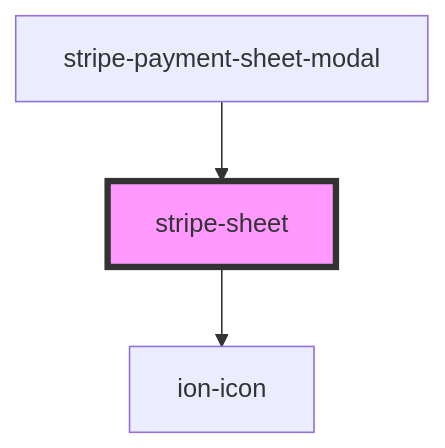
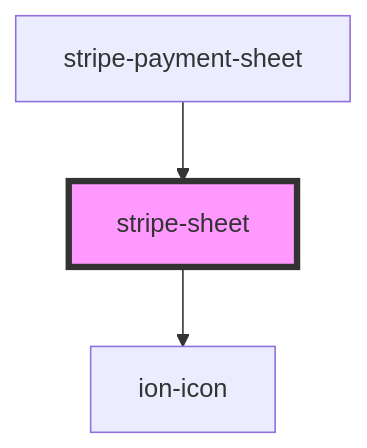
Before and after one commit to wpkyoto/stripe-pwa-elements: the diagram in src/components/stripe-element-modal/readme.md, drawn with Mermaid. The commit also changed other lines of this file and 7 other files, not shown here.

Commit message:
breaking-change: rename from stripe-payment-sheet-modal to stripe-payment-sheet

````diff
--- a/src/components/stripe-element-modal/readme.md
+++ b/src/components/stripe-element-modal/readme.md
@@ -65,6 +65,6 @@
 ```mermaid
 graph TD;
   stripe-sheet --> ion-icon
-  stripe-payment-sheet-modal --> stripe-sheet
+  stripe-payment-sheet --> stripe-sheet
   style stripe-sheet fill:#f9f,stroke:#333,stroke-width:4px
 ```
````
